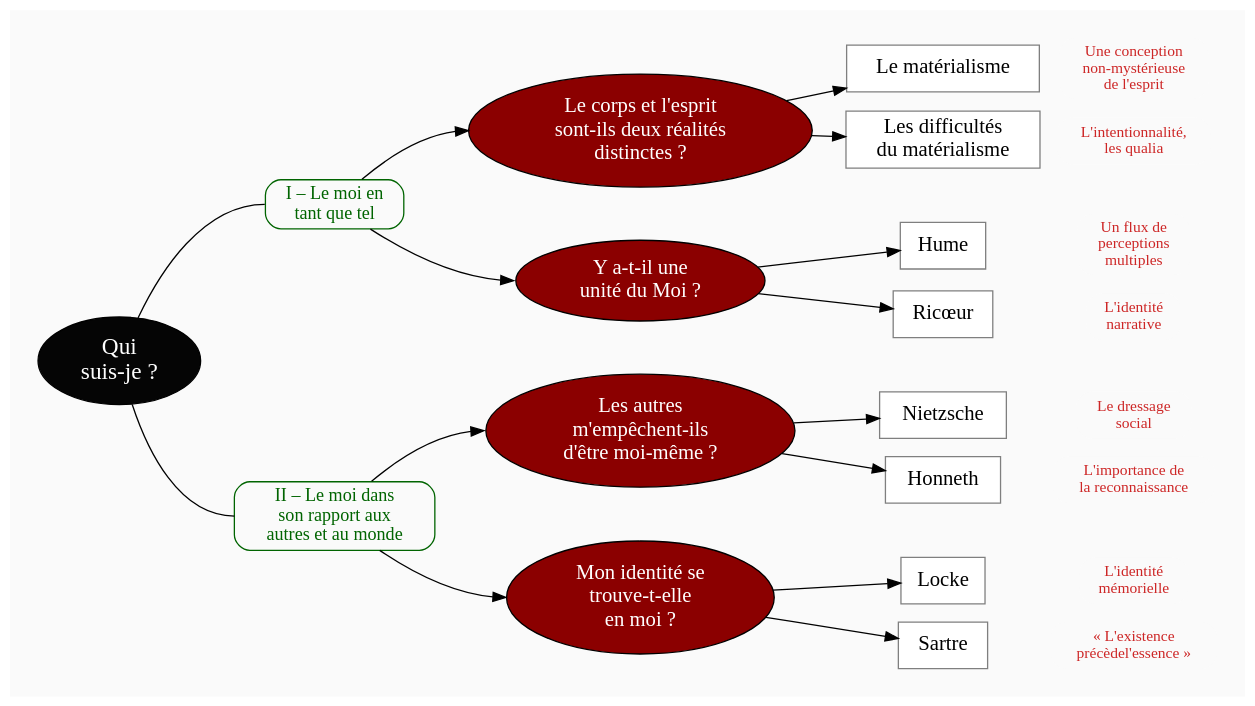
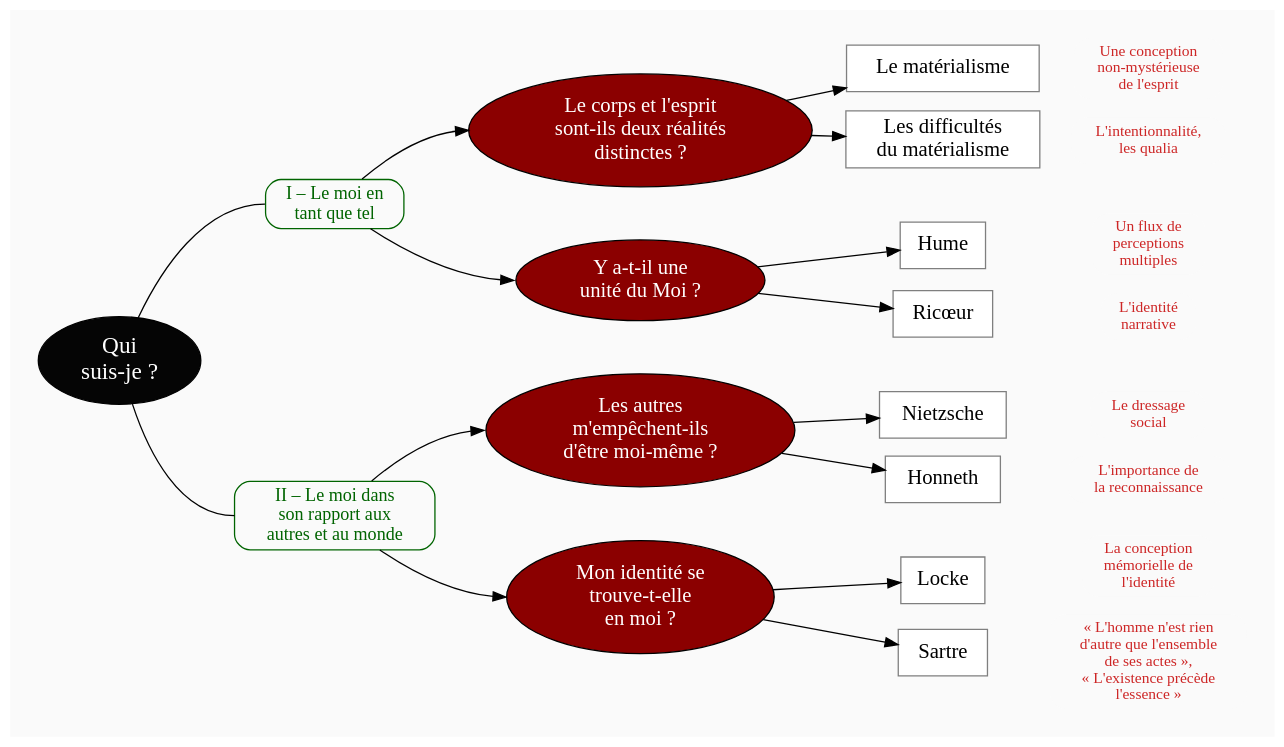
The diagram in plans/plan-cours-details-conscience.dot (eyssette/graphviz-examples), drawn with Graphviz before and after one commit. The commit also changed 1 other file, not shown here.

```diff
--- a/plans/plan-cours-details-conscience.dot
+++ b/plans/plan-cours-details-conscience.dot
@@ -1,137 +1,141 @@
 digraph G {
 // Template : diagram
 // Usage : 
 rankdir=LR
 splines=true
 //splines=curved
 bgcolor=grey98
 pad=0.3
 style=filled
 edge[minlen=3]
 node[style=filled, fontcolor=white]
 ranksep=0.1
 nodesep=0.2
 
 // NIVEAU 1
 node[fillcolor=grey2, fontsize=18]
 a1[label="Qui
 suis-je ?"]
 
 // NIVEAU 2
 node[fontsize=14, shape=rect, fillcolor=grey98, fontcolor=darkgreen, color=darkgreen, style="filled, rounded"]
 a1->p1[headport=w, arrowhead=none]
 a1->p2[headport=w, arrowhead=none]
 
 p1[label="I – Le moi en
 tant que tel"]
 p2[label="II – Le moi dans
 son rapport aux
 autres et au monde"]
 
 {rank=same;p1->p2[style=invis, minlen=14]}
 
 node[fontcolor=black, fontsize=16]
 // NIVEAU 3 (sans intermédiaire)
 node [shape=box, fillcolor=white, color=grey50]
 // c1[label=""]
 
 
 
 // INTERMÉDIAIRE AVANT NIVEAU 3
 node[fillcolor=red4, shape=oval, fontcolor=white, color=black, style="filled"]
 // [arrowhead=none]
 // bc1[label=""]
 p1->b1[headport=w]
 p1->b2[headport=w]
 p2->b3[headport=w]
 p2->b4[headport=w]
 b1[label="Le corps et l'esprit
 sont-ils deux réalités
 distinctes ?"]    
 b2[label="Y a-t-il une
 unité du Moi ?"]
 b3[label="Les autres
 m'empêchent-ils
 d'être moi-même ?"]
 b4[label="Mon identité se
 trouve-t-elle
 en moi ?"]
 
 
 
 
 {rank=same;b1->b2->b3->b4[style=invis, minlen=3]}
 
 // NIVEAU 3 (avec intermédiaire)
 node[fillcolor=white, shape=box, color=grey50, fontcolor=black]
 // c1[label=""]
 b1->{c1,c2}
 c1[label="Le matérialisme"]
 c2[label="Les difficultés
 du matérialisme"]
 
 b2->{c3,c4}
 c3[label="Hume"]
 c4[label="Ricœur"]
 
 b3->{c5,c6}
 c5[label="Nietzsche"]
 c6[label="Honneth"]
 
 b4->{c7,c8}
 c7[label="Locke"]
 c8[label="Sartre"]
 
 
 {rank=same;c2->c3[style=invis, minlen=3]}
 {rank=same;c4->c5[style=invis, minlen=3]}
 {rank=same;c6->c7[style=invis, minlen=3]}
 
 // NIVEAU 4
 node[style="filled,rounded", fillcolor=white, shape=box, color=grey50]
 // d1[label=""]
 
 
 // ÉTIQUETTES EN ROUGE
 node[shape=plaintext, fontcolor=firebrick3, fillcolor=grey98, fontsize=12]
 // e1[label=< <B>= Titre</B><BR /><BR />Contenu<BR /> >]
 // e1[label=""]
 // ->e1[minlen=1, style=invis]
 
 e1[label="Une conception
 non-mystérieuse
 de l'esprit"]
 e2[label="L'intentionnalité,
 les qualia"]
 e3[label="Un flux de
 perceptions
 multiples"]
 e4[label="L'identité
 narrative"]
 e5[label="Le dressage
 social"]
 e6[label="L'importance de
 la reconnaissance"]
-e7[label="L'identité
-mémorielle"]
-e8[label="« L'existence
-précèdel'essence »"]
+e7[label="La conception
+mémorielle de
+l'identité"]
+e8[label="« L'homme n'est rien
+d'autre que l'ensemble
+de ses actes »,
+« L'existence précède
+l'essence »"]
 
 c1->e1[minlen=1, style=invis]
 c2->e2[minlen=1, style=invis]
 c3->e3[minlen=1, style=invis]
 c4->e4[minlen=1, style=invis]
 c5->e5[minlen=1, style=invis]
 c6->e6[minlen=1, style=invis]
 c7->e7[minlen=1, style=invis]
 c8->e8[minlen=1, style=invis]
 
 
 // REMARQUES EN BLEU
 node[color=blue, shape=box, margin=0.07, fontcolor=black, fontsize=12, style="dashed", penwidth=0.6]
 edge[color=blue, arrowhead="none", xlabel="", style="dashed", penwidth=0.6]
 // r1[label=""]
 // {rank=same;->r1}
 // {rank=same;r1->[dir=back]}
 
 }
```
